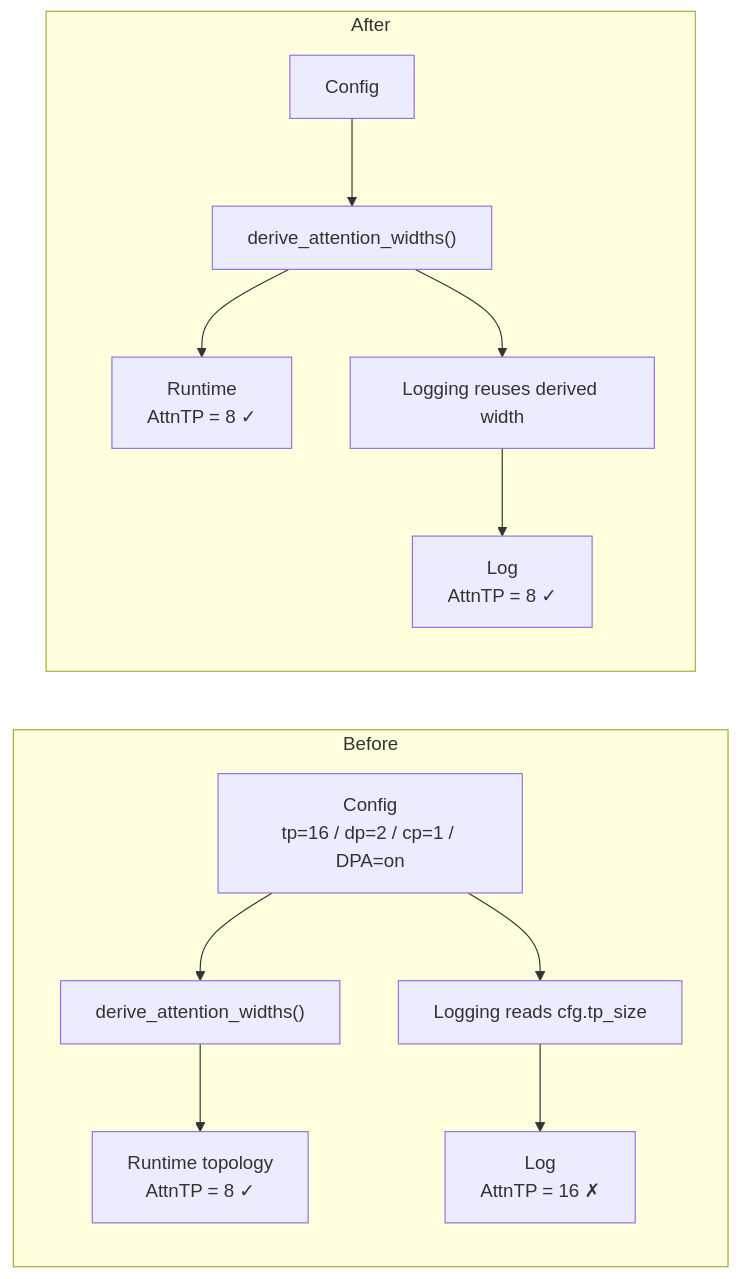
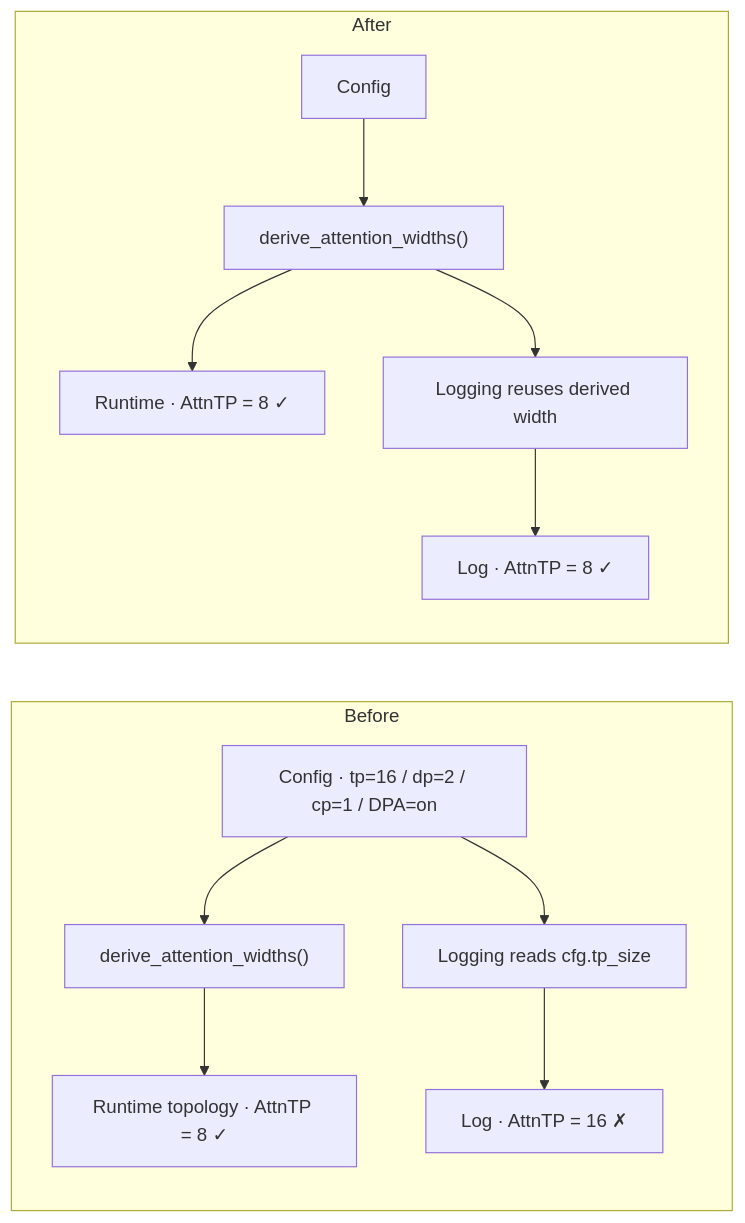
One commit to AkiYangDev/llm-inference-notes changed the second of 2 diagrams in docs/pr-reviews/sglang-pr-39871-attention-parallel-widths.md. Above: the diagram before and after it, drawn with Mermaid. The commit also changed other lines of this file and 44 other files, not shown here.

````diff
--- a/docs/pr-reviews/sglang-pr-39871-attention-parallel-widths.md
+++ b/docs/pr-reviews/sglang-pr-39871-attention-parallel-widths.md
@@ -280,25 +200,25 @@
 ```mermaid
 flowchart LR
     subgraph B[Before]
         direction TB
-        BC["Config<br/>tp=16 / dp=2 / cp=1 / DPA=on"]
+        BC["Config · tp=16 / dp=2 / cp=1 / DPA=on"]
         BD["derive_attention_widths()"]
-        BR["Runtime topology<br/>AttnTP = 8 ✓"]
+        BR["Runtime topology · AttnTP = 8 ✓"]
         BL["Logging reads cfg.tp_size"]
-        BW["Log<br/>AttnTP = 16 ✗"]
+        BW["Log · AttnTP = 16 ✗"]
         BC --> BD --> BR
         BC --> BL --> BW
     end
 
     subgraph A[After]
         direction TB
         AC["Config"]
         AD["derive_attention_widths()"]
-        AR["Runtime<br/>AttnTP = 8 ✓"]
+        AR["Runtime · AttnTP = 8 ✓"]
         AL["Logging reuses derived width"]
-        AW["Log<br/>AttnTP = 8 ✓"]
+        AW["Log · AttnTP = 8 ✓"]
         AC --> AD
         AD --> AR
         AD --> AL --> AW
     end
 ```
````
